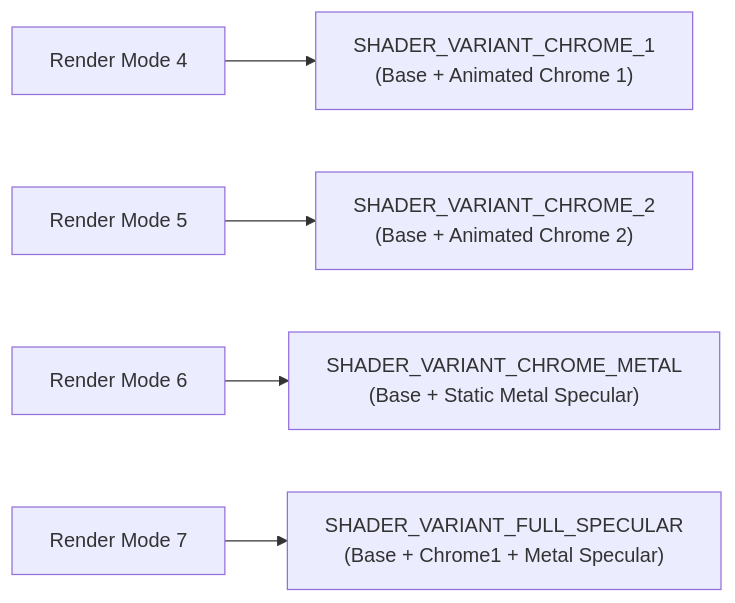
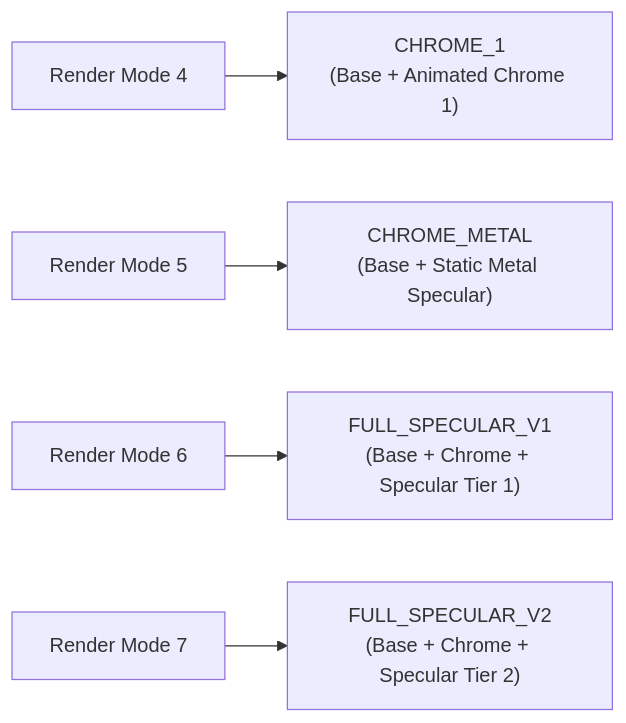
The third of 4 diagrams in docs/GPU Skinning/gpu-skinning-architecture.md (sven-n/MuMain), drawn with Mermaid before and after one commit. The commit also changed other lines of this file and 3 other files, not shown here.

````diff
--- a/docs/GPU Skinning/gpu-skinning-architecture.md
+++ b/docs/GPU Skinning/gpu-skinning-architecture.md
@@ -140,7 +144,7 @@
 ```mermaid
 graph LR
-    RM4["Render Mode 4"] --> V1["SHADER_VARIANT_CHROME_1<br>(Base + Animated Chrome 1)"]
-    RM5["Render Mode 5"] --> V2["SHADER_VARIANT_CHROME_2<br>(Base + Animated Chrome 2)"]
-    RM6["Render Mode 6"] --> VM["SHADER_VARIANT_CHROME_METAL<br>(Base + Static Metal Specular)"]
-    RM7["Render Mode 7"] --> VF["SHADER_VARIANT_FULL_SPECULAR<br>(Base + Chrome1 + Metal Specular)"]
+    RM4["Render Mode 4"] --> V1["CHROME_1<br>(Base + Animated Chrome 1)"]
+    RM5["Render Mode 5"] --> VM["CHROME_METAL<br>(Base + Static Metal Specular)"]
+    RM6["Render Mode 6"] --> VF1["FULL_SPECULAR_V1<br>(Base + Chrome + Specular Tier 1)"]
+    RM7["Render Mode 7"] --> VF2["FULL_SPECULAR_V2<br>(Base + Chrome + Specular Tier 2)"]
 ```
````
